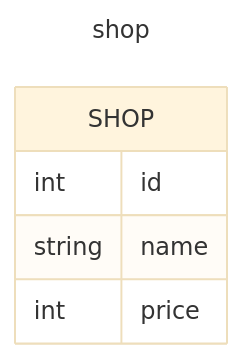
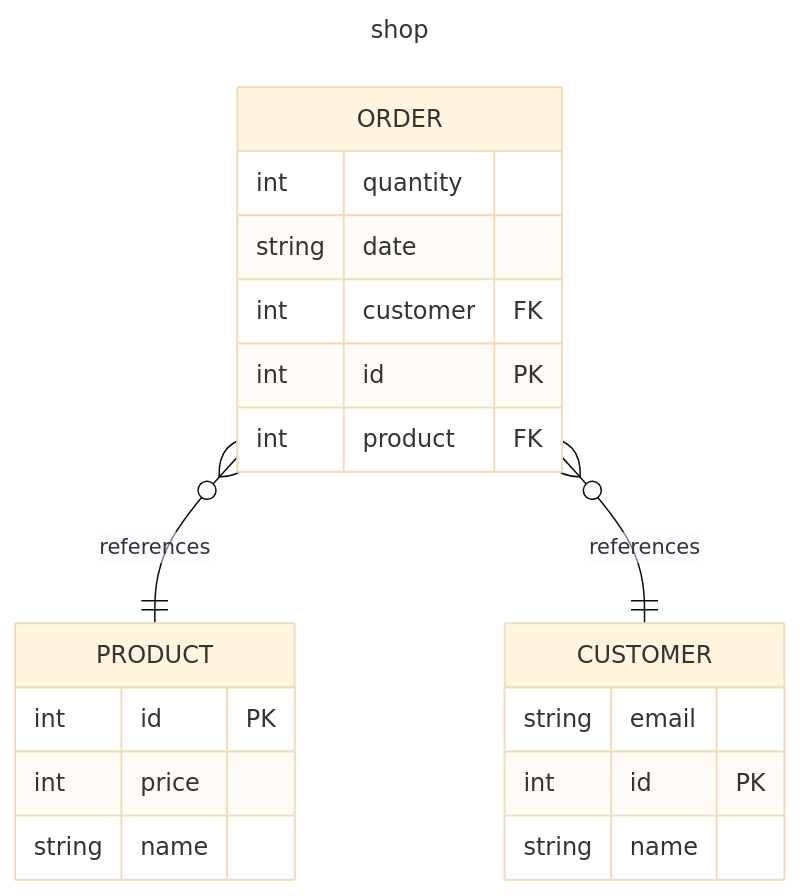
The diagram in shop.mmd (edittrich/spike-ldm), drawn with Mermaid (base theme) before and after one commit. The commit also changed 5 other files, not shown here.

```diff
--- a/shop.mmd
+++ b/shop.mmd
@@ -1,9 +1,24 @@
 ---
 title: shop
 ---
 erDiagram
-    SHOP {
-        int id
+    PRODUCT {
+        int id PK
+        int price
         string name
-        int price
     }
+    CUSTOMER {
+        string email
+        int id PK
+        string name
+    }
+    ORDER {
+        int quantity
+        string date
+        int customer FK
+        int id PK
+        int product FK
+    }
+
+    ORDER }o--|| PRODUCT : "references"
+    ORDER }o--|| CUSTOMER : "references"
```
